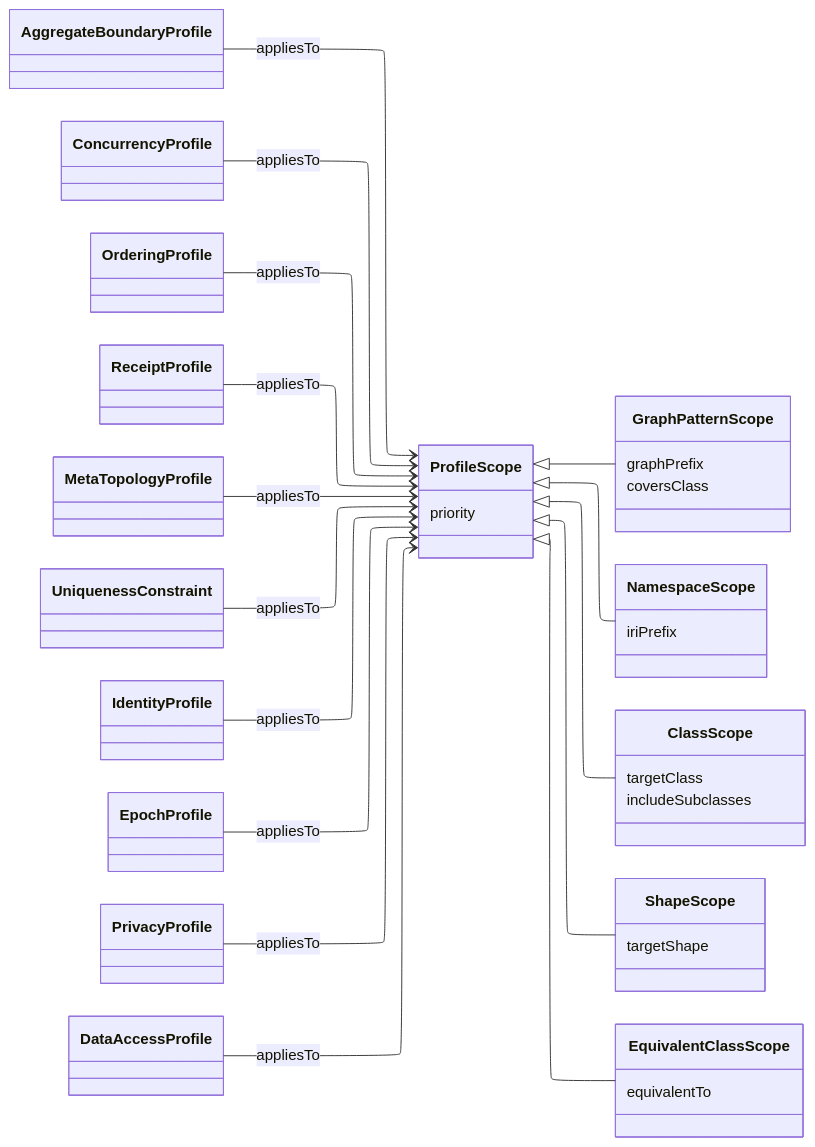
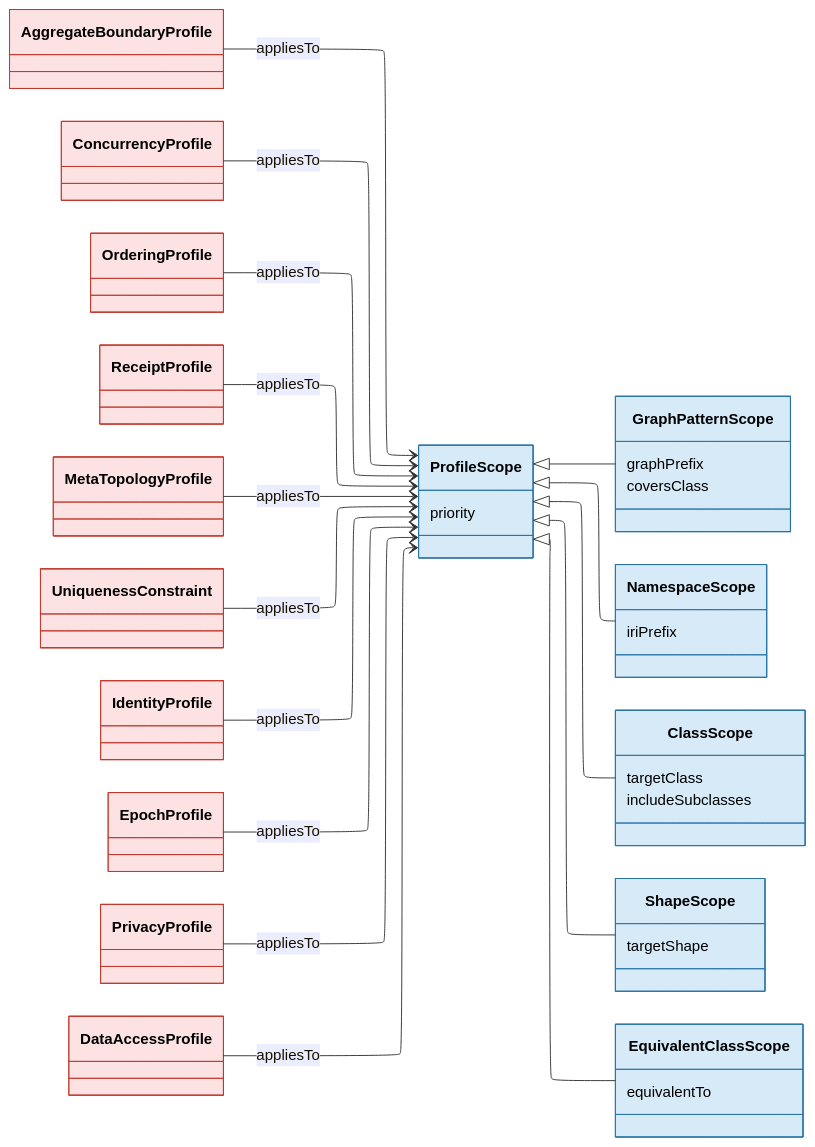
Before and after one commit to nebularis/lattice: the seventh of 50 diagrams in ontology/persistence/README.md, drawn with Mermaid. The commit also changed other lines of this file and 9 other files, not shown here.

````diff
--- a/ontology/persistence/README.md
+++ b/ontology/persistence/README.md
@@ -628,53 +673,69 @@
 ```mermaid
 ---
 config:
   layout: elk
 ---
 classDiagram
     direction LR
     class ProfileScope {
         priority
     }
     class GraphPatternScope {
         graphPrefix
         coversClass
     }
     class NamespaceScope {
         iriPrefix
     }
     class ClassScope {
         targetClass
         includeSubclasses
     }
     class ShapeScope {
         targetShape
     }
     class EquivalentClassScope {
         equivalentTo
     }
     ProfileScope <|-- GraphPatternScope
     ProfileScope <|-- NamespaceScope
     ProfileScope <|-- ClassScope
     ProfileScope <|-- ShapeScope
     ProfileScope <|-- EquivalentClassScope
     class AggregateBoundaryProfile
     class ConcurrencyProfile
     class OrderingProfile
     class ReceiptProfile
     class MetaTopologyProfile
     class UniquenessConstraint
     class IdentityProfile
     class EpochProfile
     class PrivacyProfile
     class DataAccessProfile
     AggregateBoundaryProfile --> ProfileScope : appliesTo
     ConcurrencyProfile --> ProfileScope : appliesTo
     OrderingProfile --> ProfileScope : appliesTo
     ReceiptProfile --> ProfileScope : appliesTo
     MetaTopologyProfile --> ProfileScope : appliesTo
     UniquenessConstraint --> ProfileScope : appliesTo
     IdentityProfile --> ProfileScope : appliesTo
     EpochProfile --> ProfileScope : appliesTo
     PrivacyProfile --> ProfileScope : appliesTo
     DataAccessProfile --> ProfileScope : appliesTo
+    style AggregateBoundaryProfile fill:#fde2e4,stroke:#c0392b,color:#000
+    style ConcurrencyProfile fill:#fde2e4,stroke:#c0392b,color:#000
+    style OrderingProfile fill:#fde2e4,stroke:#c0392b,color:#000
+    style ReceiptProfile fill:#fde2e4,stroke:#c0392b,color:#000
+    style MetaTopologyProfile fill:#fde2e4,stroke:#c0392b,color:#000
+    style UniquenessConstraint fill:#fde2e4,stroke:#c0392b,color:#000
+    style IdentityProfile fill:#fde2e4,stroke:#c0392b,color:#000
+    style EpochProfile fill:#fde2e4,stroke:#c0392b,color:#000
+    style PrivacyProfile fill:#fde2e4,stroke:#c0392b,color:#000
+    style DataAccessProfile fill:#fde2e4,stroke:#c0392b,color:#000
+    style ProfileScope fill:#d6eaf8,stroke:#2874a6,color:#000
+    style GraphPatternScope fill:#d6eaf8,stroke:#2874a6,color:#000
+    style NamespaceScope fill:#d6eaf8,stroke:#2874a6,color:#000
+    style ClassScope fill:#d6eaf8,stroke:#2874a6,color:#000
+    style ShapeScope fill:#d6eaf8,stroke:#2874a6,color:#000
+    style EquivalentClassScope fill:#d6eaf8,stroke:#2874a6,color:#000
 ```
````
